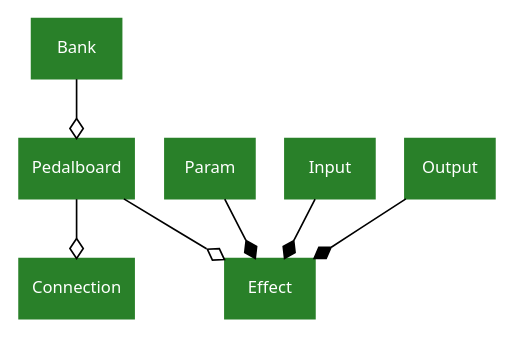
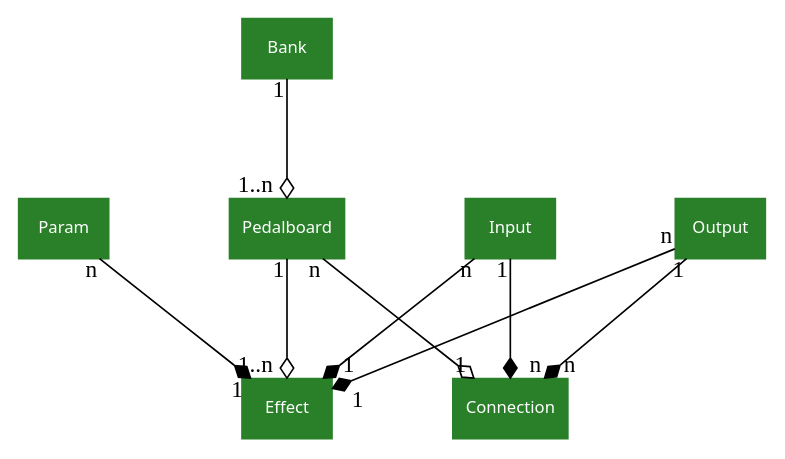
One commit to PedalPi/PluginsManager changed the first of 3 diagrams in docs/source/model.rst. Above: the diagram before and after it, drawn with Graphviz. The commit also changed other lines of this file, not shown here.

Commit message:
Improve Model diagram: Add Cardinality. Add Lv2Plugin

```diff
--- a/docs/source/model.rst
+++ b/docs/source/model.rst
@@ -6,13 +6,42 @@
 .. graphviz::
 
    digraph classes {
-       graph [rankdir=TB];
+       graph [rankdir=TB, nodesep=1, ranksep=1];
+
        node [shape=rect, style=filled, color="#298029", fontname=Sans, fontcolor="#ffffff", fontsize=10];
 
-       Bank->Pedalboard [dir="forward", arrowhead="odiamond", arrowtail="normal"];
-       Pedalboard->Connection [dir="forward", arrowhead="odiamond", arrowtail="normal"];
-       Pedalboard->Effect [dir="forward", arrowhead="odiamond", arrowtail="normal"];
-       Param->Effect [dir="backward", arrowhead="diamond", arrowtail="normal"];
-       Input->Effect [dir="backward", arrowhead="diamond", arrowtail="normal"];
-       Output->Effect [dir="backward", arrowhead="diamond", arrowtail="normal"];
+       Bank->Pedalboard [
+           dir="forward", arrowhead="odiamond", arrowtail="normal"
+           headlabel= "       1..n", taillabel="1"
+       ];
+       Pedalboard->Effect [
+           dir="forward", arrowhead="odiamond", arrowtail="normal",
+           headlabel= "       1..n", taillabel="1"
+       ];
+       Param->Effect [
+           dir="backward", arrowhead="diamond", arrowtail="normal",
+           headlabel= "   1", taillabel="n"
+       ];
+       Pedalboard->Connection [
+           dir="forward", arrowhead="odiamond", arrowtail="normal",
+           headlabel= "   1", taillabel="n"
+       ];
+       Input->Effect [
+           dir="backward", arrowhead="diamond", arrowtail="normal",
+           headlabel= "   1", taillabel="n"
+       ];
+       Output->Effect [
+           dir="backward", arrowhead="diamond", arrowtail="normal",
+           headlabel= "   1", taillabel="n"
+       ];
+
+
+       Input->Connection [
+           dir="backward", arrowhead="diamond", arrowtail="normal",
+           headlabel= "   n", taillabel="1",
+       ];
+       Output->Connection [
+           dir="backward", arrowhead="diamond", arrowtail="normal",
+           headlabel= "   n", taillabel="1"
+       ];
    }
```
